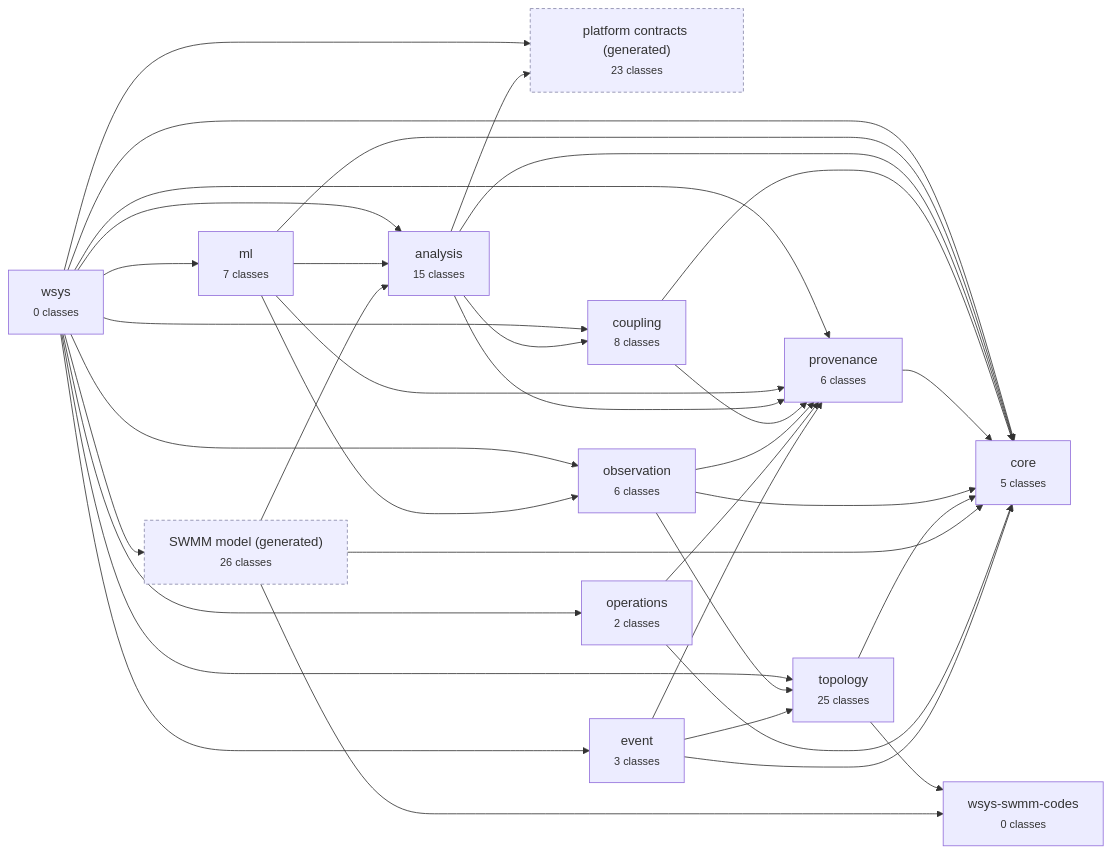
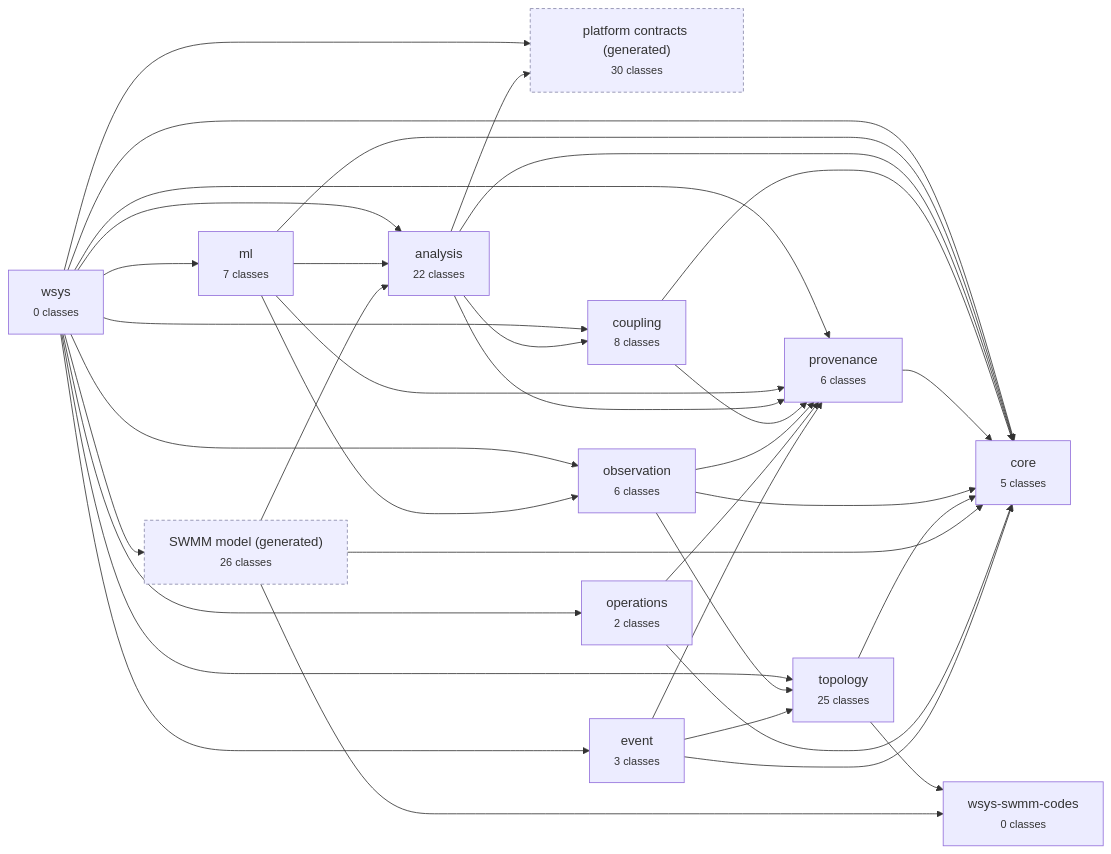
The diagram in docs/diagrams/modules.md (HydroCouple/water-ontology), drawn with Mermaid before and after one commit. The commit also changed 25 other files, not shown here.

````diff
--- a/docs/diagrams/modules.md
+++ b/docs/diagrams/modules.md
@@ -5,52 +5,52 @@
 ```mermaid
 flowchart LR
   wsys["wsys<br/><small>0 classes</small>"]
   wsys_ml["ml<br/><small>7 classes</small>"]
-  wsys_analysis["analysis<br/><small>15 classes</small>"]
-  wsys_analysis_platform["platform contracts (generated)<br/><small>23 classes</small>"]:::gen
+  wsys_analysis["analysis<br/><small>22 classes</small>"]
+  wsys_analysis_platform["platform contracts (generated)<br/><small>30 classes</small>"]:::gen
   wsys_coupling["coupling<br/><small>8 classes</small>"]
   wsys_provenance["provenance<br/><small>6 classes</small>"]
   wsys_core["core<br/><small>5 classes</small>"]
   wsys_observation["observation<br/><small>6 classes</small>"]
   wsys_topology["topology<br/><small>25 classes</small>"]
   wsys_swmm_codes["wsys-swmm-codes<br/><small>0 classes</small>"]
   wsys_model["SWMM model (generated)<br/><small>26 classes</small>"]:::gen
   wsys_operations["operations<br/><small>2 classes</small>"]
   wsys_event["event<br/><small>3 classes</small>"]
   wsys --> wsys_core
   wsys --> wsys_provenance
   wsys --> wsys_topology
   wsys --> wsys_observation
   wsys --> wsys_event
   wsys --> wsys_operations
   wsys --> wsys_coupling
   wsys --> wsys_analysis_platform
   wsys --> wsys_analysis
   wsys --> wsys_model
   wsys --> wsys_ml
   wsys_ml --> wsys_core
   wsys_ml --> wsys_provenance
   wsys_ml --> wsys_observation
   wsys_ml --> wsys_analysis
   wsys_analysis --> wsys_core
   wsys_analysis --> wsys_provenance
   wsys_analysis --> wsys_coupling
   wsys_analysis --> wsys_analysis_platform
   wsys_coupling --> wsys_core
   wsys_coupling --> wsys_provenance
   wsys_provenance --> wsys_core
   wsys_observation --> wsys_core
   wsys_observation --> wsys_provenance
   wsys_observation --> wsys_topology
   wsys_topology --> wsys_core
   wsys_topology --> wsys_swmm_codes
   wsys_model --> wsys_core
   wsys_model --> wsys_analysis
   wsys_model --> wsys_swmm_codes
   wsys_operations --> wsys_core
   wsys_operations --> wsys_provenance
   wsys_event --> wsys_core
   wsys_event --> wsys_provenance
   wsys_event --> wsys_topology
   classDef gen fill:#eef,stroke:#88a,stroke-dasharray: 4 3;
 ```
````
